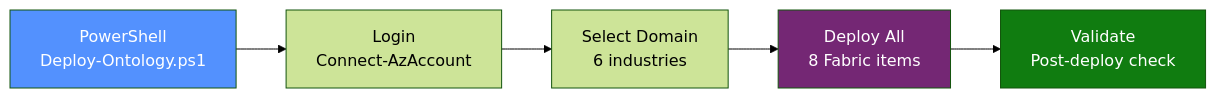
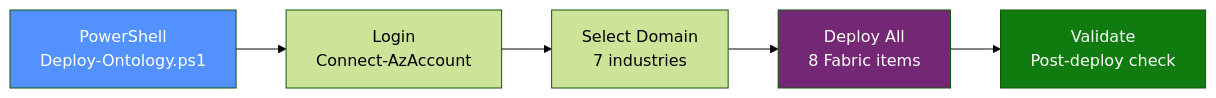
One commit to cyphou/Ontology-RTI changed the second of 2 diagrams in SETUP_GUIDE.md. Above: the diagram before and after it, drawn with Mermaid (forest theme). The commit also changed other lines of this file and 75 other files, not shown here.

First line of the commit message:
docs: align app READMEs/ROADMAPs and add SolarFarm ontology + live telemetry

````diff
--- a/SETUP_GUIDE.md
+++ b/SETUP_GUIDE.md
@@ -79,11 +79,11 @@
 ```mermaid
 flowchart LR
     A["PowerShell\nDeploy-Ontology.ps1"] --> B["Login\nConnect-AzAccount"]
-    B --> C["Select Domain\n6 industries"]
+    B --> C["Select Domain\n7 industries"]
     C --> D["Deploy All\n8 Fabric items"]
     D --> E["Validate\nPost-deploy check"]
 
     style A fill:#5391FE,color:#fff
     style D fill:#742774,color:#fff
     style E fill:#107C10,color:#fff
 ```
````
